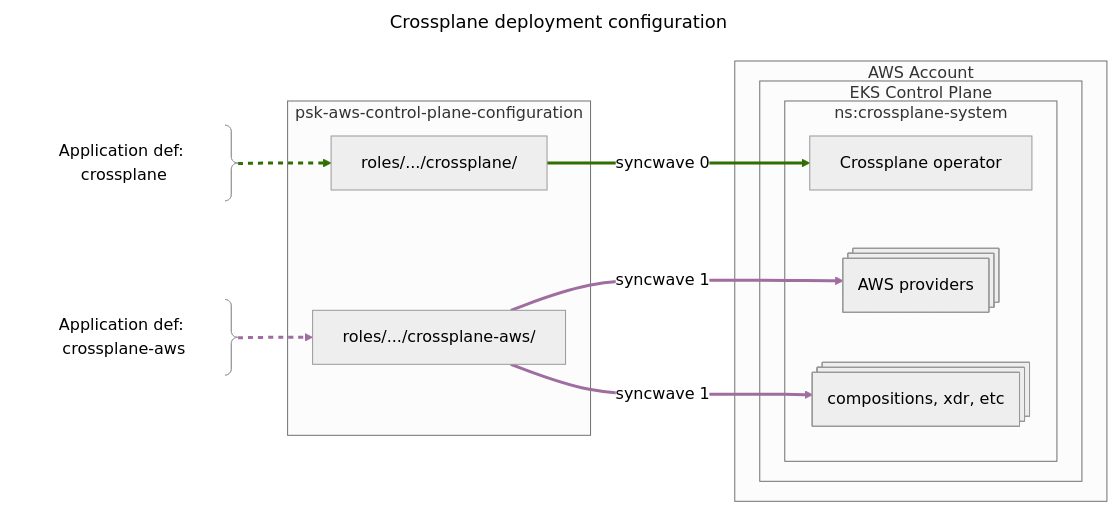
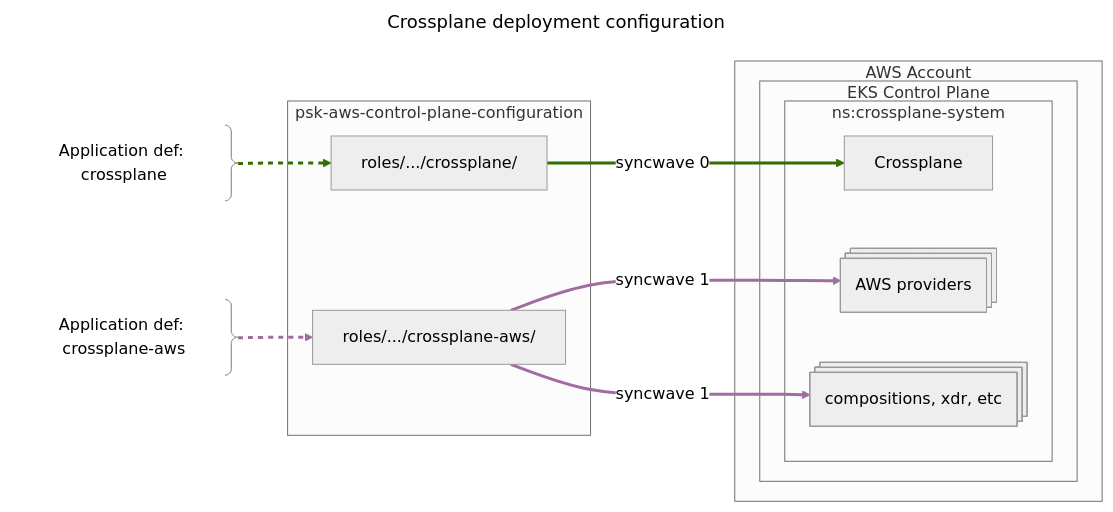
One commit to twplatformlabs/psk-platform-ext-crossplane changed the second of 2 diagrams in README.md. Above: the diagram before and after it, drawn with Mermaid (neutral theme). The commit also changed 1 other file, not shown here.

Commit message:
[nc] fix sources spelling

````diff
--- a/README.md
+++ b/README.md
@@ -31,33 +31,33 @@
 ```mermaid
 ---
 title: Crossplane deployment configuration
 ---
 flowchart LR
 
     subgraph AWS Account
         subgraph EKS Control Plane
             subgraph ns:crossplane-system
-                CP[Crossplane operator]
+                CP[Crossplane]
                 PRO@{ shape: procs, label: "AWS providers"}
                 COMP@{ shape: procs, label: "compositions, xdr, etc"}
             end
         end
     end
     subgraph psk-aws-control-plane-configuration
         AOA["roles/.../crossplane/"]
         AOAAWS["roles/.../crossplane-aws/"]
     end
 
     APPCP@{ shape: brace-r, label: "Application def: crossplane" }
     APPAWS@{ shape: brace-r, label: "Application def: crossplane-aws" }
 
     APPCP --> AOA --> |syncwave 0| CP
     APPAWS --> AOAAWS -- syncwave 1 --> PRO & COMP
 
     linkStyle 0 stroke:#306F00,stroke-width:3px,stroke-dasharray:5 5
     linkStyle 1 stroke:#306F00,stroke-width:3px
 
     linkStyle 2 stroke:#A06DA0,stroke-width:3px,stroke-dasharray:5 5
     linkStyle 3 stroke:#A06DA0,stroke-width:3px
     linkStyle 4 stroke:#A06DA0,stroke-width:3px
 ```
````
